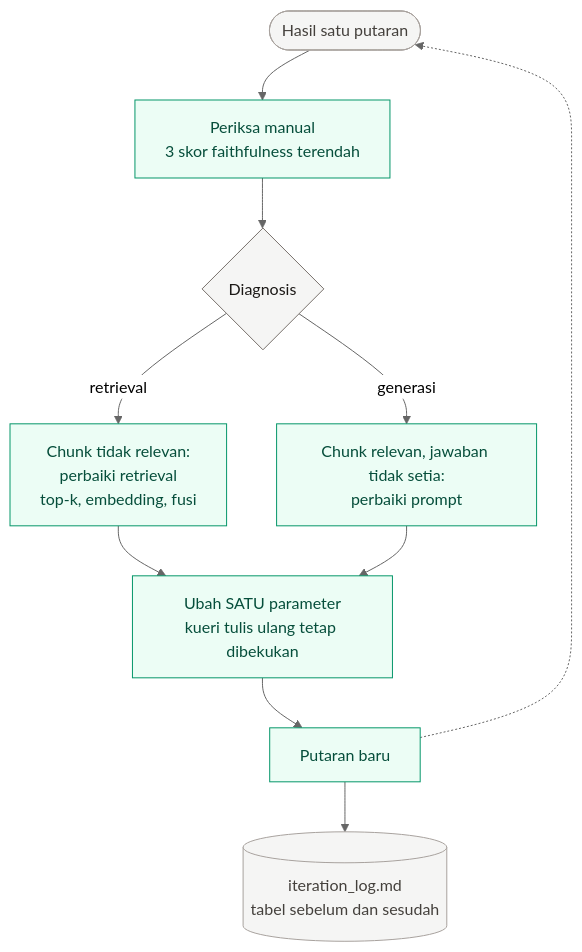
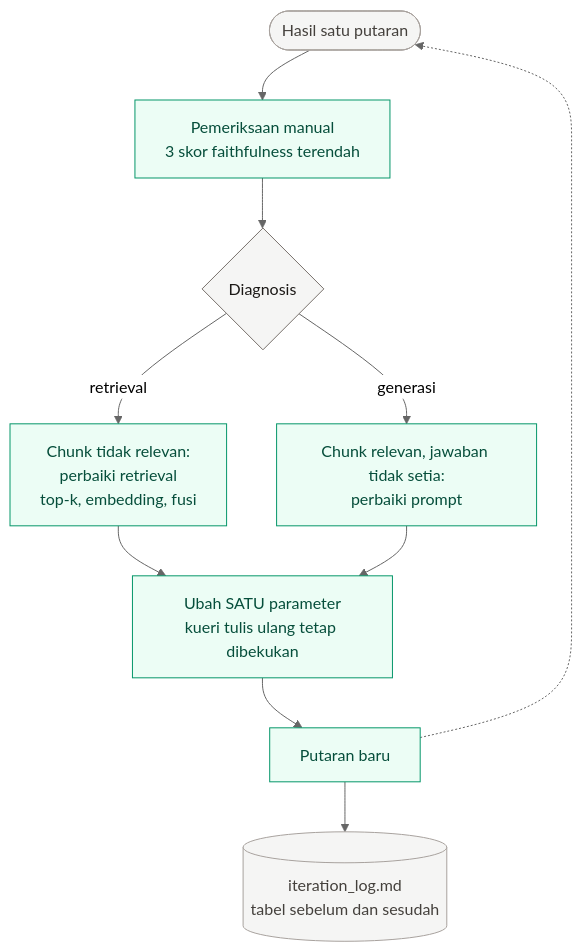
One commit to bangahmed/RAG_Dukcapil changed the sixth of 6 diagrams in docs/alur-kerja.md. Above: the diagram before and after it, drawn with Mermaid (neutral theme). The commit also changed other lines of this file and 8 other files, not shown here.

````diff
--- a/docs/alur-kerja.md
+++ b/docs/alur-kerja.md
@@ -209,21 +213,21 @@
 ```mermaid
 flowchart TD
     classDef lokal fill:#ecfdf5,stroke:#059669,color:#064e3b
     classDef data fill:#f5f5f4,stroke:#a8a29e,color:#44403c
     classDef tanya fill:#f5f5f4,stroke:#78716c,color:#1c1917
 
     putaran(["Hasil satu putaran"]):::data
-    cek["Periksa manual<br/>3 skor faithfulness terendah"]:::lokal
+    cek["Pemeriksaan manual<br/>3 skor faithfulness terendah"]:::lokal
     diag{"Diagnosis"}:::tanya
     ret["Chunk tidak relevan:<br/>perbaiki retrieval<br/>top-k, embedding, fusi"]:::lokal
     prm["Chunk relevan, jawaban tidak setia:<br/>perbaiki prompt"]:::lokal
     ubah["Ubah SATU parameter<br/>kueri tulis ulang tetap dibekukan"]:::lokal
     baru["Putaran baru"]:::lokal
     log[("iteration_log.md<br/>tabel sebelum dan sesudah")]:::data
 
     putaran --> cek --> diag
     diag -- "retrieval" --> ret --> ubah
     diag -- "generasi" --> prm --> ubah
     ubah --> baru --> log
     baru -.-> putaran
 ```
````
